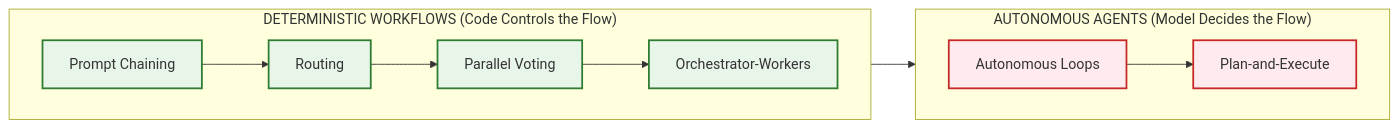
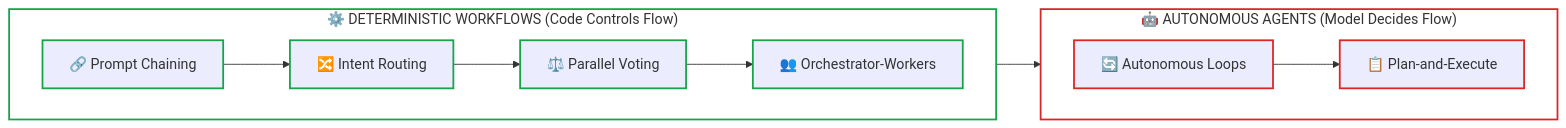
Before and after one commit to dip4k/senior-engineer-to-ai-engineer-roadmap: the second of 9 diagrams in 04-agentic-systems-and-orchestration/01-workflows-vs-agents-and-orchestration-patterns.md, drawn with Mermaid. The commit also changed other lines of this file and 94 other files, not shown here.

Commit message:
refactor(curriculum): complete Phase 04 upgrade and enforce diagram renderer invariants

````diff
--- a/04-agentic-systems-and-orchestration/01-workflows-vs-agents-and-orchestration-patterns.md
+++ b/04-agentic-systems-and-orchestration/01-workflows-vs-agents-and-orchestration-patterns.md
@@ -77,21 +78,27 @@
 ```mermaid
 flowchart LR
-    classDef wf fill:#e8f5e9,stroke:#2e7d32,stroke-width:2px;
-    classDef ag fill:#ffebee,stroke:#c62828,stroke-width:2px;
-
-    subgraph Workflows["DETERMINISTIC WORKFLOWS (Code Controls the Flow)"]
+    subgraph Workflows["⚙️ DETERMINISTIC WORKFLOWS (Code Controls Flow)"]
         direction LR
-        P1["Prompt Chaining"]:::wf
-        P2["Routing"]:::wf
-        P3["Parallel Voting"]:::wf
-        P4["Orchestrator-Workers"]:::wf
+        P1["🔗 Prompt Chaining"]
+        P2["🔀 Intent Routing"]
+        P3["⚖️ Parallel Voting"]
+        P4["👥 Orchestrator-Workers"]
     end
 
-    subgraph Agents["AUTONOMOUS AGENTS (Model Decides the Flow)"]
+    subgraph Agents["🤖 AUTONOMOUS AGENTS (Model Decides Flow)"]
         direction LR
-        P5["Autonomous Loops"]:::ag
-        P6["Plan-and-Execute"]:::ag
+        P5["🔄 Autonomous Loops"]
+        P6["📋 Plan-and-Execute"]
     end
 
     P1 --> P2 --> P3 --> P4 --> P5 --> P6
+
+    style Workflows fill:none,stroke:#16a34a,stroke-width:2px
+    style Agents fill:none,stroke:#dc2626,stroke-width:2px
+    style P1 stroke:#16a34a,stroke-width:2px
+    style P2 stroke:#16a34a,stroke-width:2px
+    style P3 stroke:#16a34a,stroke-width:2px
+    style P4 stroke:#16a34a,stroke-width:2px
+    style P5 stroke:#dc2626,stroke-width:2px
+    style P6 stroke:#dc2626,stroke-width:2px
 ```
````
